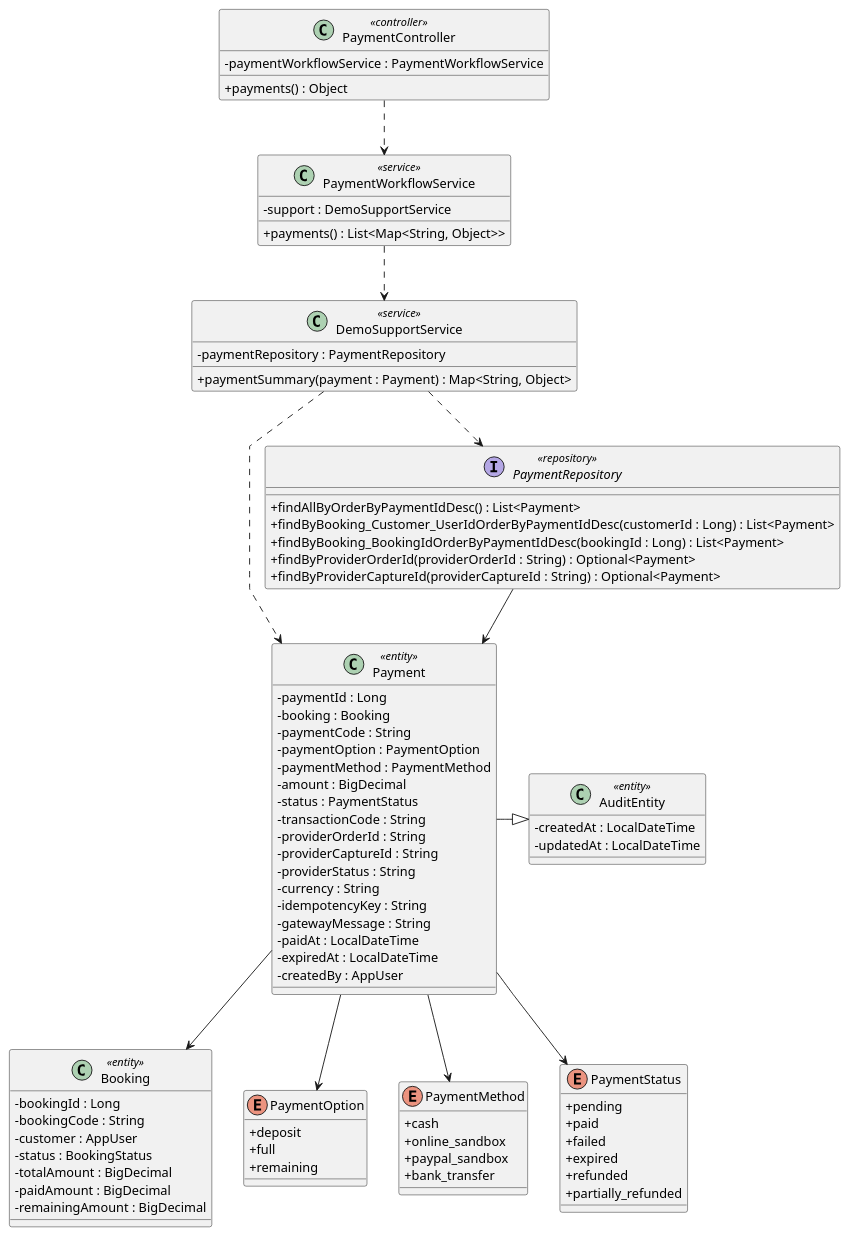
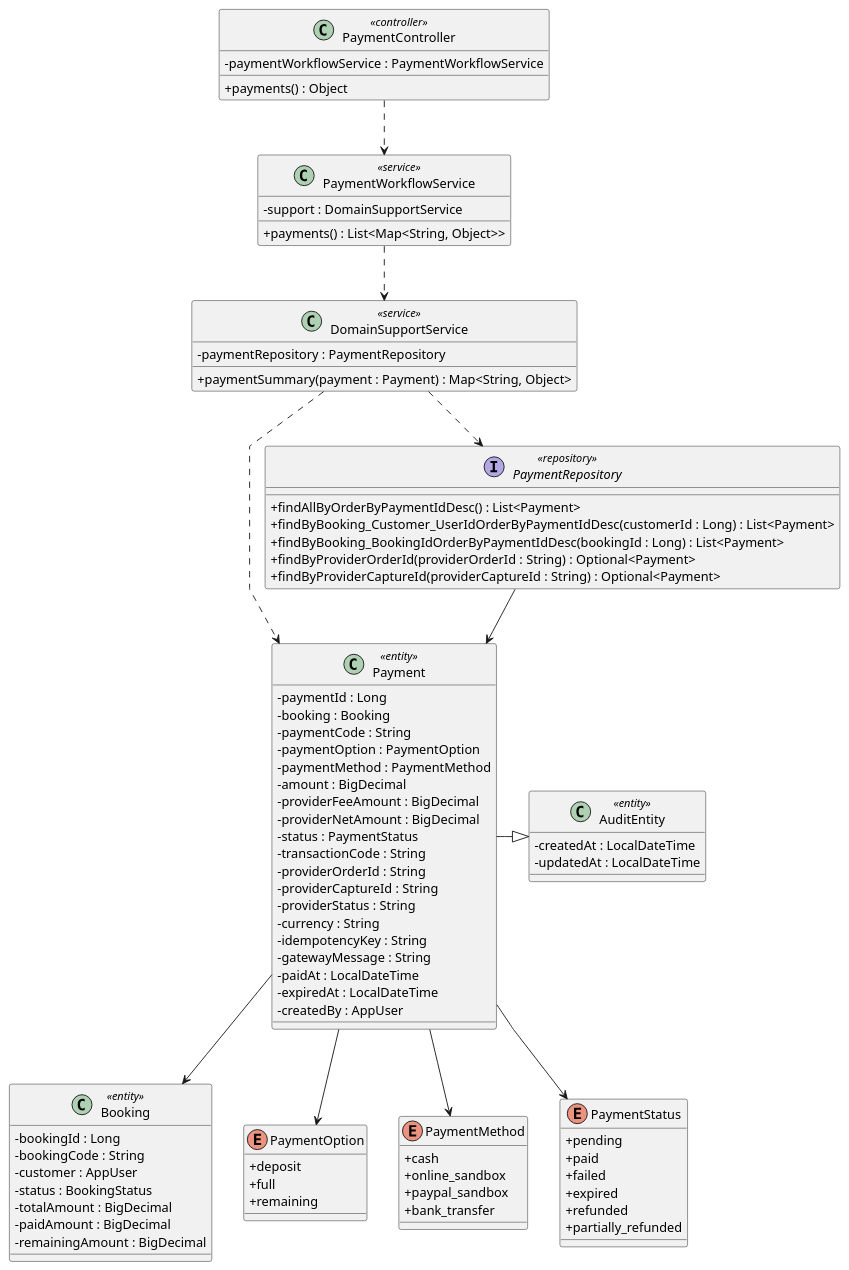
The diagram in docs/Class Diagram/view-payment-history.puml (maxwell1904/SWP391_G3), drawn with PlantUML before and after one commit. The commit also changed 120 other files, not shown here.

```diff
--- a/docs/Class Diagram/view-payment-history.puml
+++ b/docs/Class Diagram/view-payment-history.puml
@@ -1,101 +1,103 @@
 @startuml
 
 skinparam classAttributeIconSize 0
 skinparam linetype polyline
 
 class PaymentController <<controller>> {
     -paymentWorkflowService : PaymentWorkflowService
 
     +payments() : Object
 }
 
 class PaymentWorkflowService <<service>> {
-    -support : DemoSupportService
+    -support : DomainSupportService
 
     +payments() : List<Map<String, Object>>
 }
 
-class DemoSupportService <<service>> {
+class DomainSupportService <<service>> {
     -paymentRepository : PaymentRepository
 
     +paymentSummary(payment : Payment) : Map<String, Object>
 }
 
 interface PaymentRepository <<repository>> {
     +findAllByOrderByPaymentIdDesc() : List<Payment>
     +findByBooking_Customer_UserIdOrderByPaymentIdDesc(customerId : Long) : List<Payment>
     +findByBooking_BookingIdOrderByPaymentIdDesc(bookingId : Long) : List<Payment>
     +findByProviderOrderId(providerOrderId : String) : Optional<Payment>
     +findByProviderCaptureId(providerCaptureId : String) : Optional<Payment>
 }
 
 class Payment <<entity>> {
     -paymentId : Long
     -booking : Booking
     -paymentCode : String
     -paymentOption : PaymentOption
     -paymentMethod : PaymentMethod
     -amount : BigDecimal
+    -providerFeeAmount : BigDecimal
+    -providerNetAmount : BigDecimal
     -status : PaymentStatus
     -transactionCode : String
     -providerOrderId : String
     -providerCaptureId : String
     -providerStatus : String
     -currency : String
     -idempotencyKey : String
     -gatewayMessage : String
     -paidAt : LocalDateTime
     -expiredAt : LocalDateTime
     -createdBy : AppUser
 }
 
 class Booking <<entity>> {
     -bookingId : Long
     -bookingCode : String
     -customer : AppUser
     -status : BookingStatus
     -totalAmount : BigDecimal
     -paidAmount : BigDecimal
     -remainingAmount : BigDecimal
 }
 
 class AuditEntity <<entity>> {
     -createdAt : LocalDateTime
     -updatedAt : LocalDateTime
 }
 
 enum PaymentOption {
     + deposit
     + full
     + remaining
 }
 
 enum PaymentMethod {
     + cash
     + online_sandbox
     + paypal_sandbox
     + bank_transfer
 }
 
 enum PaymentStatus {
     + pending
     + paid
     + failed
     + expired
     + refunded
     + partially_refunded
 }
 
 ' Relationships
 PaymentController ..> PaymentWorkflowService
-PaymentWorkflowService ..> DemoSupportService
-DemoSupportService ..> PaymentRepository
-DemoSupportService ..> Payment
+PaymentWorkflowService ..> DomainSupportService
+DomainSupportService ..> PaymentRepository
+DomainSupportService ..> Payment
 PaymentRepository --> Payment
 Payment --> Booking
 Payment -|> AuditEntity
 Payment --> PaymentOption
 Payment --> PaymentMethod
 Payment --> PaymentStatus
 
 @enduml
```
